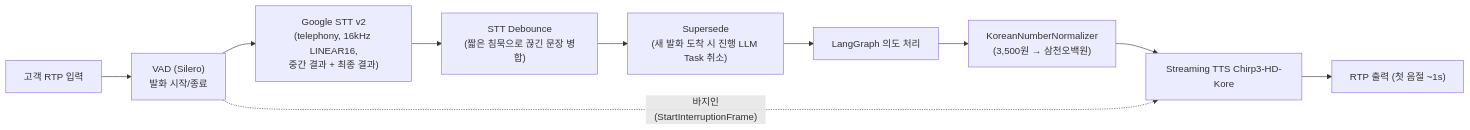
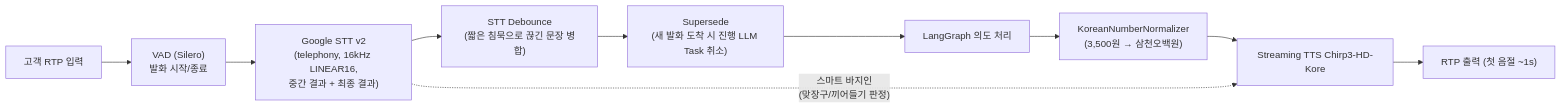
One commit to hak023/agentic_ai_callbot changed the diagram in docs/presentation/images/diagram_10.mmd. Above: the diagram before and after it, drawn with Mermaid. The commit also changed 6 other files, not shown here.

```diff
--- a/docs/presentation/images/diagram_10.mmd
+++ b/docs/presentation/images/diagram_10.mmd
@@ -1,10 +1,17 @@
 flowchart LR
-    Mic["고객 RTP 입력"] --> VAD["VAD (Silero)\n발화 시작/종료"]
-    VAD --> STT["Google STT v2\n(telephony, 16kHz LINEAR16,\n중간 결과 + 최종 결과)"]
-    STT --> Deb["STT Debounce\n(짧은 침묵으로 끊긴 문장 병합)"]
-    Deb --> Sup["Supersede\n(새 발화 도착 시 진행 LLM Task 취소)"]
+    Mic["고객 RTP 입력"] --> VAD["VAD (Silero)
+발화 시작/종료"]
+    VAD --> STT["Google STT v2
+(telephony, 16kHz LINEAR16,
+중간 결과 + 최종 결과)"]
+    STT --> Deb["STT Debounce
+(짧은 침묵으로 끊긴 문장 병합)"]
+    Deb --> Sup["Supersede
+(새 발화 도착 시 진행 LLM Task 취소)"]
     Sup --> LG["LangGraph 의도 처리"]
-    LG --> KN["KoreanNumberNormalizer\n(3,500원 → 삼천오백원)"]
+    LG --> KN["KoreanNumberNormalizer
+(3,500원 → 삼천오백원)"]
     KN --> TTS["Streaming TTS Chirp3-HD-Kore"]
     TTS --> RTP["RTP 출력 (첫 음절 ~1s)"]
-    VAD -. 바지인(StartInterruptionFrame) .-> TTS
+    STT -. "스마트 바지인
+(맞장구/끼어들기 판정)" .-> TTS
```
